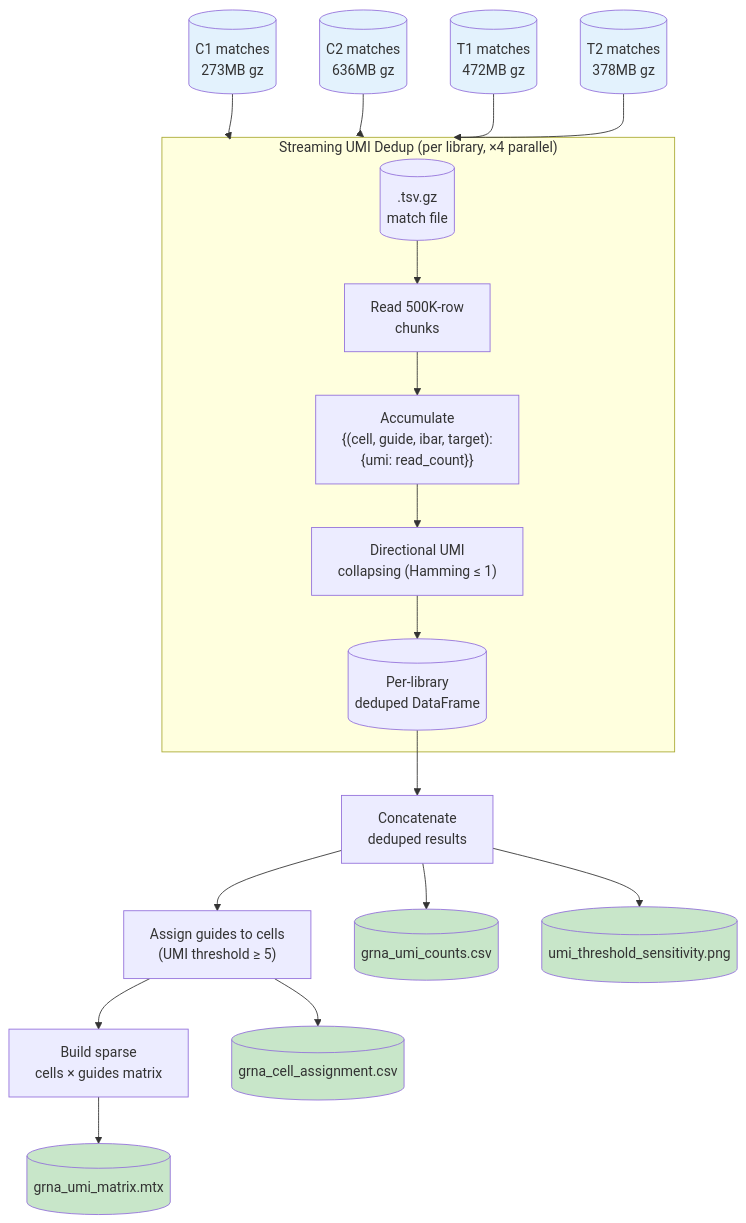
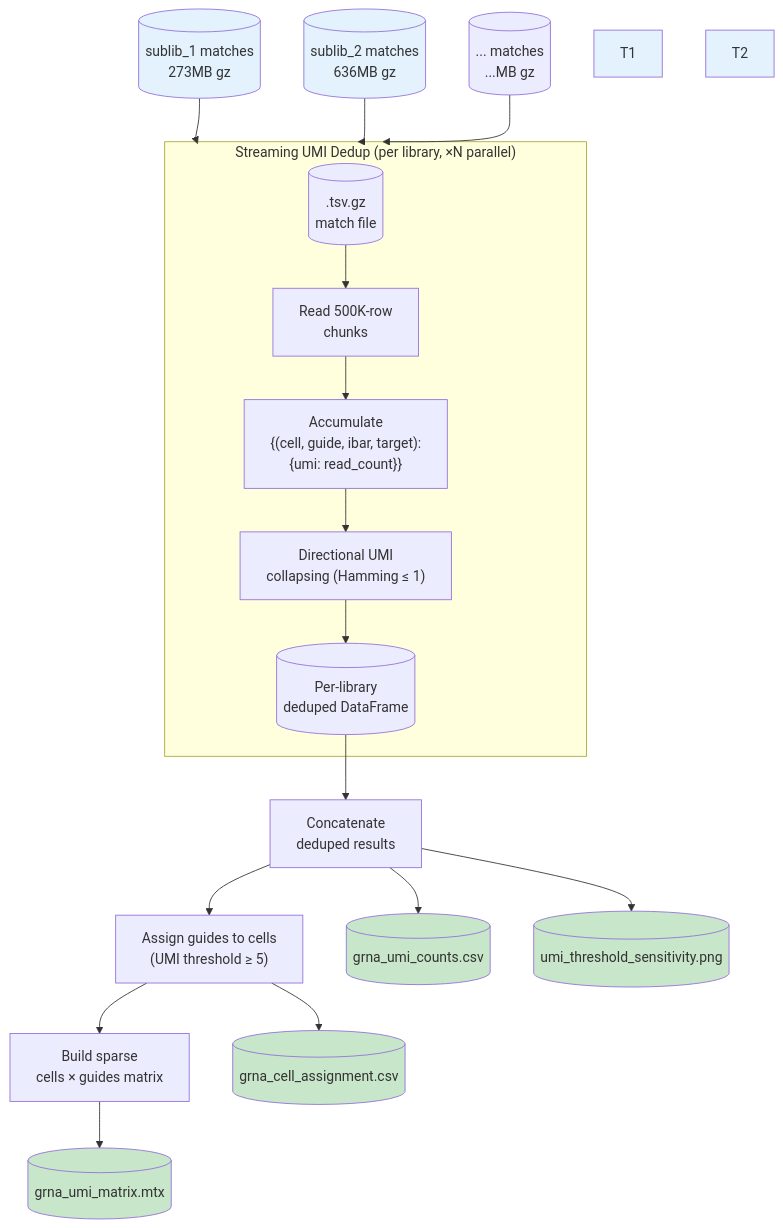
The eighth of 10 diagrams in pipeline_overview.md (jhjiang2020/CSM_ccperturbseq), drawn with Mermaid before and after one commit. The commit also changed other lines of this file and 19 other files, not shown here.

````diff
--- a/pipeline_overview.md
+++ b/pipeline_overview.md
@@ -437,32 +466,31 @@
 ```mermaid
 flowchart TD
-    subgraph Stream["Streaming UMI Dedup (per library, ×4 parallel)"]
+    subgraph Stream["Streaming UMI Dedup (per library, ×N parallel)"]
         MATCH[(".tsv.gz<br>match file")] --> CHUNKS["Read 500K-row<br>chunks"]
         CHUNKS --> ACCUM["Accumulate<br>{(cell, guide, ibar, target):<br>{umi: read_count}}"]
         ACCUM --> COLLAPSE["Directional UMI<br>collapsing (Hamming ≤ 1)"]
         COLLAPSE --> DEDUP[("Per-library<br>deduped DataFrame")]
     end
 
-    C1[("C1 matches<br>273MB gz")] --> Stream
-    C2[("C2 matches<br>636MB gz")] --> Stream
-    T1[("T1 matches<br>472MB gz")] --> Stream
-    T2[("T2 matches<br>378MB gz")] --> Stream
+    C1[("sublib_1 matches<br>273MB gz")] --> Stream
+    C2[("sublib_2 matches<br>636MB gz")] --> Stream
+    TN[("... matches<br>...MB gz")] --> Stream
 
     DEDUP --> CONCAT["Concatenate<br>deduped results"]
     CONCAT --> ASSIGN["Assign guides to cells<br>(UMI threshold ≥ 5)"]
     ASSIGN --> MATRIX["Build sparse<br>cells × guides matrix"]
 
     ASSIGN --> OUT1[("grna_cell_assignment.csv")]
     CONCAT --> OUT2[("grna_umi_counts.csv")]
     MATRIX --> OUT3[("grna_umi_matrix.mtx")]
     CONCAT --> OUT4[("umi_threshold_sensitivity.png")]
 
     style C1 fill:#e3f2fd
     style C2 fill:#e3f2fd
     style T1 fill:#e3f2fd
     style T2 fill:#e3f2fd
     style OUT1 fill:#c8e6c9
     style OUT2 fill:#c8e6c9
     style OUT3 fill:#c8e6c9
     style OUT4 fill:#c8e6c9
 ```
````
